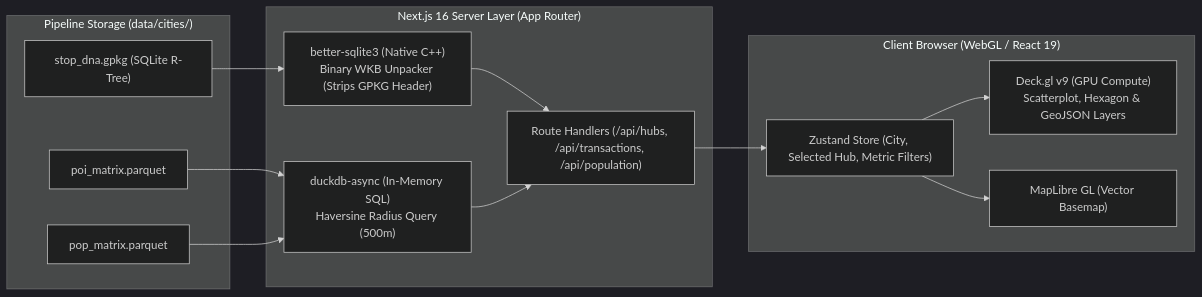
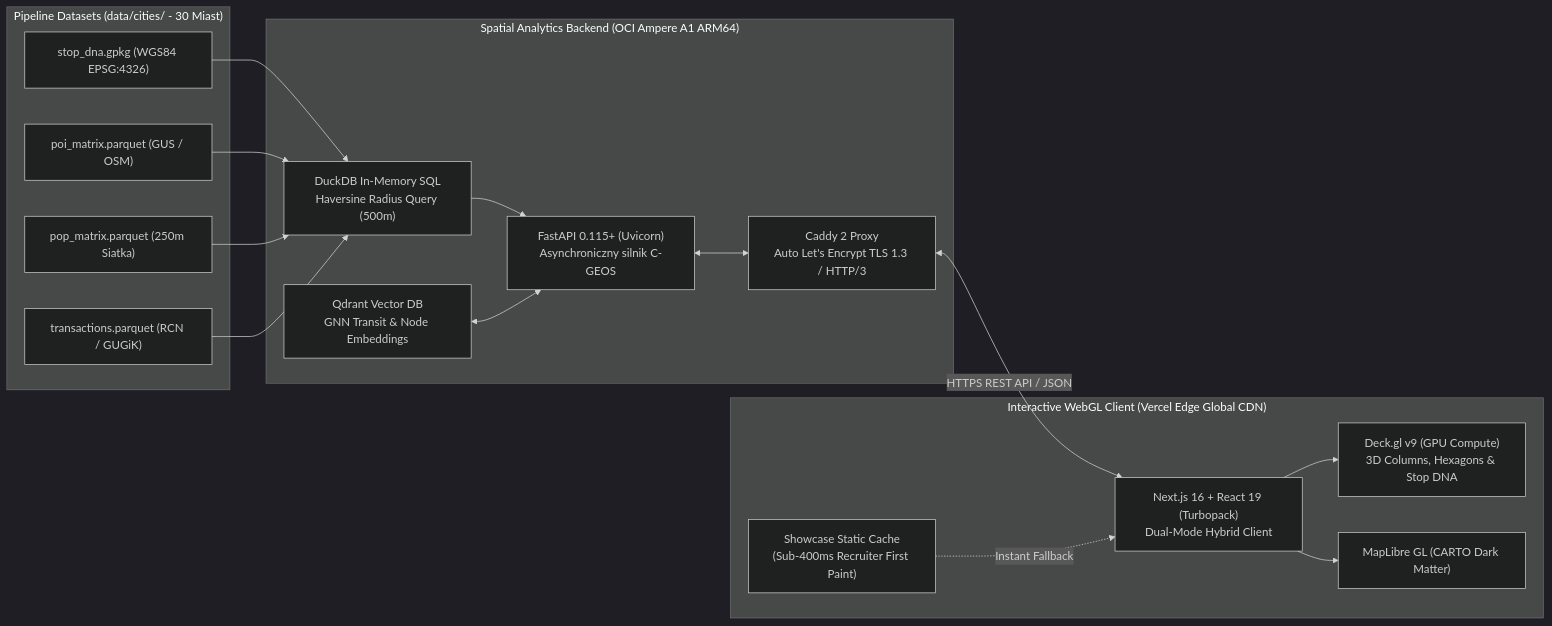
One commit to Gzyms69/busos changed the second of 2 diagrams in README.md. Above: the diagram before and after it, drawn with Mermaid (dark theme). The commit also changed other lines of this file and 2 other files, not shown here.

Commit message:
chore: fix duplicate caddy cors header and update decoupled architecture documentation

````diff
--- a/README.md
+++ b/README.md
@@ -145,24 +157,30 @@
 ```mermaid
 flowchart LR
-    subgraph Storage["Pipeline Storage (data/cities/)"]
-        GPKG["stop_dna.gpkg (SQLite R-Tree)"]
-        POI["poi_matrix.parquet"]
-        POP["pop_matrix.parquet"]
+    subgraph Storage["Pipeline Datasets (data/cities/ - 30 Miast)"]
+        GPKG["stop_dna.gpkg (WGS84 EPSG:4326)"]
+        POI["poi_matrix.parquet (GUS / OSM)"]
+        POP["pop_matrix.parquet (250m Siatka)"]
+        TX["transactions.parquet (RCN / GUGiK)"]
     end
 
-    subgraph Server["Next.js 16 Server Layer (App Router)"]
-        BSQL["better-sqlite3 (Native C++)<br/>Binary WKB Unpacker (Strips GPKG Header)"]
-        DUCK["duckdb-async (In-Memory SQL)<br/>Haversine Radius Query (500m)"]
-        API["Route Handlers (/api/hubs, /api/transactions, /api/population)"]
+    subgraph Backend["Spatial Analytics Backend (OCI Ampere A1 ARM64)"]
+        CADDY["Caddy 2 Proxy<br/>Auto Let's Encrypt TLS 1.3 / HTTP/3"]
+        FASTAPI["FastAPI 0.115+ (Uvicorn)<br/>Asynchroniczny silnik C-GEOS"]
+        DUCK["DuckDB In-Memory SQL<br/>Haversine Radius Query (500m)"]
+        QDRANT["Qdrant Vector DB<br/>GNN Transit & Node Embeddings"]
     end
 
-    subgraph Client["Client Browser (WebGL / React 19)"]
-        DECK["Deck.gl v9 (GPU Compute)<br/>Scatterplot, Hexagon & GeoJSON Layers"]
-        MAP["MapLibre GL (Vector Basemap)"]
-        STATE["Zustand Store (City, Selected Hub, Metric Filters)"]
+    subgraph Frontend["Interactive WebGL Client (Vercel Edge Global CDN)"]
+        CLIENT["Next.js 16 + React 19 (Turbopack)<br/>Dual-Mode Hybrid Client"]
+        CACHE["Showcase Static Cache<br/>(Sub-400ms Recruiter First Paint)"]
+        DECK["Deck.gl v9 (GPU Compute)<br/>3D Columns, Hexagons & Stop DNA"]
+        MAP["MapLibre GL (CARTO Dark Matter)"]
     end
 
-    GPKG --> BSQL --> API
-    POI & POP --> DUCK --> API
-    API --> STATE --> DECK & MAP
+    GPKG & POI & POP & TX --> DUCK --> FASTAPI
+    QDRANT <--> FASTAPI
+    FASTAPI <--> CADDY
+    CADDY <-->|HTTPS REST API / JSON| CLIENT
+    CACHE -.->|Instant Fallback| CLIENT
+    CLIENT --> DECK & MAP
 ```
````
